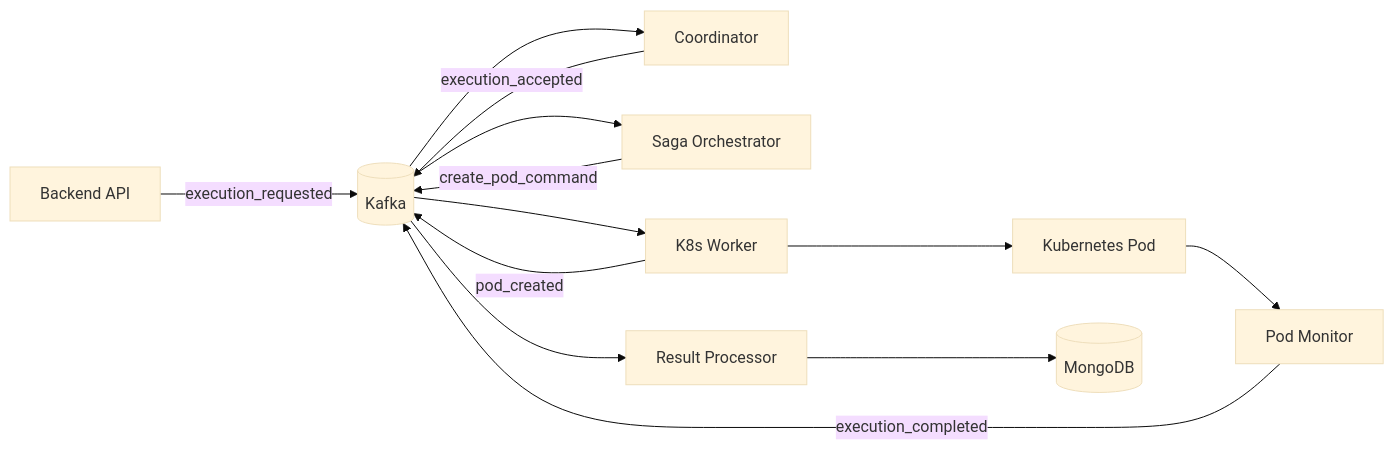
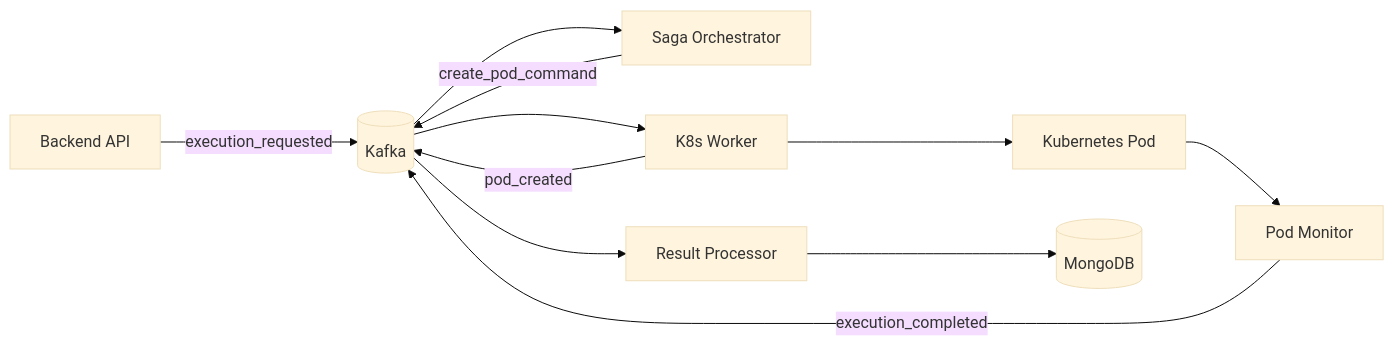
Before and after one commit to HardMax71/Integr8sCode: the diagram in docs/components/workers/index.md, drawn with Mermaid (base theme). The commit also changed other lines of this file and 66 other files, not shown here.

````diff
--- a/docs/components/workers/index.md
+++ b/docs/components/workers/index.md
@@ -10,15 +10,13 @@
 ```mermaid
 graph LR
     API[Backend API] -->|execution_requested| Kafka[(Kafka)]
-    Kafka --> Coord[Coordinator]
-    Coord -->|execution_accepted| Kafka
     Kafka --> Saga[Saga Orchestrator]
     Saga -->|create_pod_command| Kafka
     Kafka --> K8s[K8s Worker]
     K8s -->|pod_created| Kafka
     K8s --> Pod[Kubernetes Pod]
     Pod --> PodMon[Pod Monitor]
     PodMon -->|execution_completed| Kafka
     Kafka --> Result[Result Processor]
     Result --> Mongo[(MongoDB)]
 ```
````
